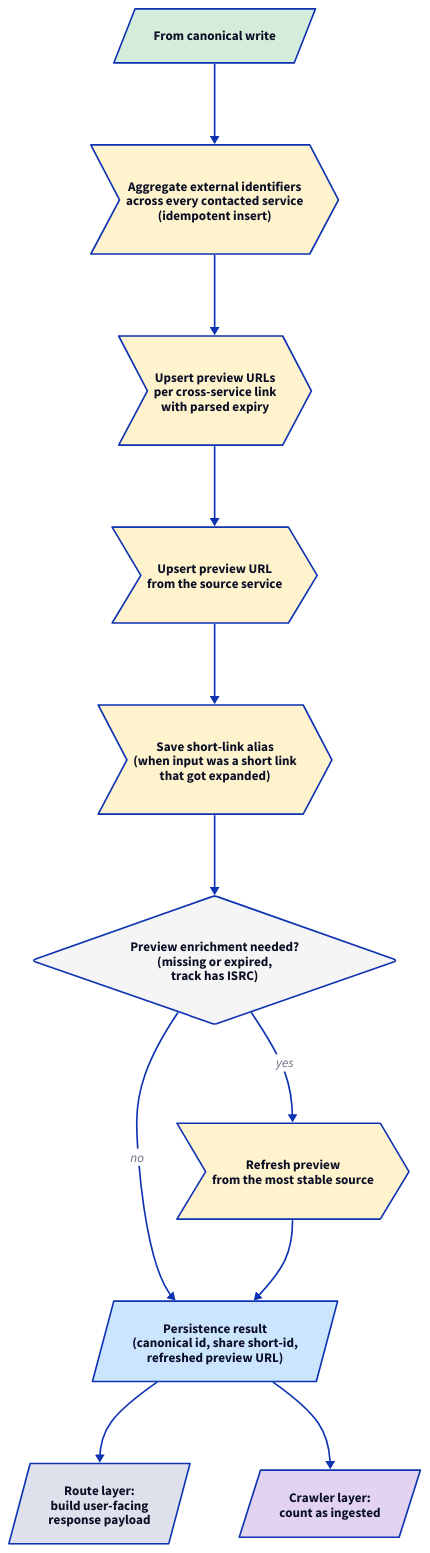
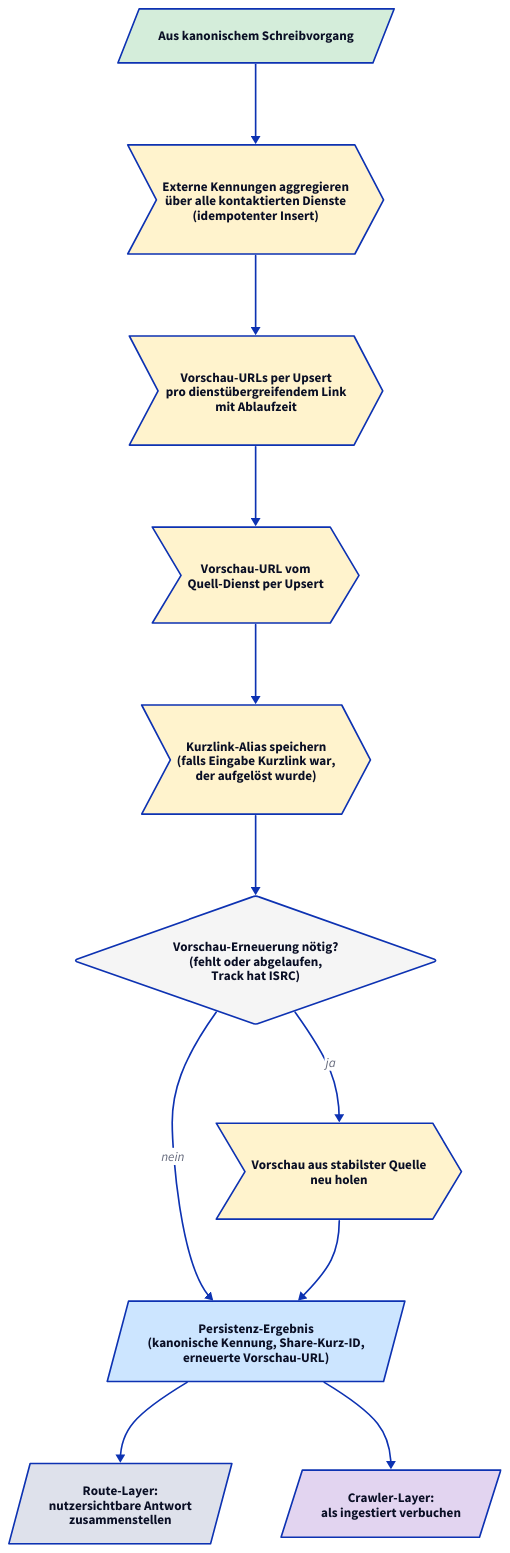
One commit to phranck/musiccloud changed the diagram in docs/resolve-flow/diagrams/05b-persistence-aux.d2. Above: the diagram before and after it, drawn with D2. The commit also changed 29 other files, not shown here.

First line of the commit message:
Docs: Translate resolve-flow diagrams to German

```diff
--- a/docs/resolve-flow/diagrams/05b-persistence-aux.d2
+++ b/docs/resolve-flow/diagrams/05b-persistence-aux.d2
@@ -1,69 +1,69 @@
-# Persistence, part 2: external IDs, previews, alias, preview enrichment.
+# Persistenz, Teil 2: externe Kennungen, Vorschauen, Alias, Vorschau-Erneuerung.
 
 direction: down
 
-input: "From canonical write" {
+input: "Aus kanonischem Schreibvorgang" {
   shape: parallelogram
   style.fill: "#d4edda"
 }
 
-ext_ids: "Aggregate external identifiers\nacross every contacted service\n(idempotent insert)" {
+ext_ids: "Externe Kennungen aggregieren\nüber alle kontaktierten Dienste\n(idempotenter Insert)" {
   shape: step
   style.fill: "#fff3cd"
 }
 
 input -> ext_ids
 
-per_link_preview: "Upsert preview URLs\nper cross-service link\nwith parsed expiry" {
+per_link_preview: "Vorschau-URLs per Upsert\npro dienstübergreifendem Link\nmit Ablaufzeit" {
   shape: step
   style.fill: "#fff3cd"
 }
 
-source_preview: "Upsert preview URL\nfrom the source service" {
+source_preview: "Vorschau-URL vom\nQuell-Dienst per Upsert" {
   shape: step
   style.fill: "#fff3cd"
 }
 
 ext_ids -> per_link_preview
 per_link_preview -> source_preview
 
-alias: "Save short-link alias\n(when input was a short link\nthat got expanded)" {
+alias: "Kurzlink-Alias speichern\n(falls Eingabe Kurzlink war,\nder aufgelöst wurde)" {
   shape: step
   style.fill: "#fff3cd"
 }
 
 source_preview -> alias
 
-deezer_check: "Preview enrichment needed?\n(missing or expired,\ntrack has ISRC)" {
+deezer_check: "Vorschau-Erneuerung nötig?\n(fehlt oder abgelaufen,\nTrack hat ISRC)" {
   shape: diamond
   style.fill: "#f5f5f5"
 }
 
 alias -> deezer_check
 
-deezer_refresh: "Refresh preview\nfrom the most stable source" {
+deezer_refresh: "Vorschau aus stabilster Quelle\nneu holen" {
   shape: step
   style.fill: "#fff3cd"
 }
 
-deezer_check -> deezer_refresh: "yes"
+deezer_check -> deezer_refresh: "ja"
 
-result: "Persistence result\n(canonical id, share short-id,\nrefreshed preview URL)" {
+result: "Persistenz-Ergebnis\n(kanonische Kennung, Share-Kurz-ID,\nerneuerte Vorschau-URL)" {
   shape: parallelogram
   style.fill: "#cce5ff"
 }
 
-deezer_check -> result: "no"
+deezer_check -> result: "nein"
 deezer_refresh -> result
 
-response_route: "Route layer:\nbuild user-facing\nresponse payload" {
+response_route: "Route-Layer:\nnutzersichtbare Antwort\nzusammenstellen" {
   shape: parallelogram
 }
 
-response_crawler: "Crawler layer:\ncount as ingested" {
+response_crawler: "Crawler-Layer:\nals ingestiert verbuchen" {
   shape: parallelogram
   style.fill: "#e2d4f0"
 }
 
 result -> response_route
 result -> response_crawler
```
